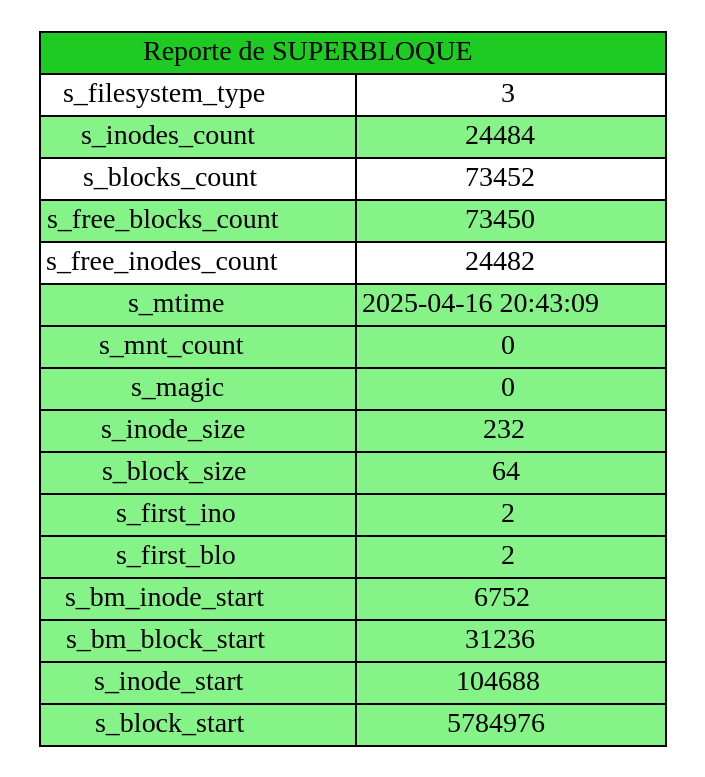
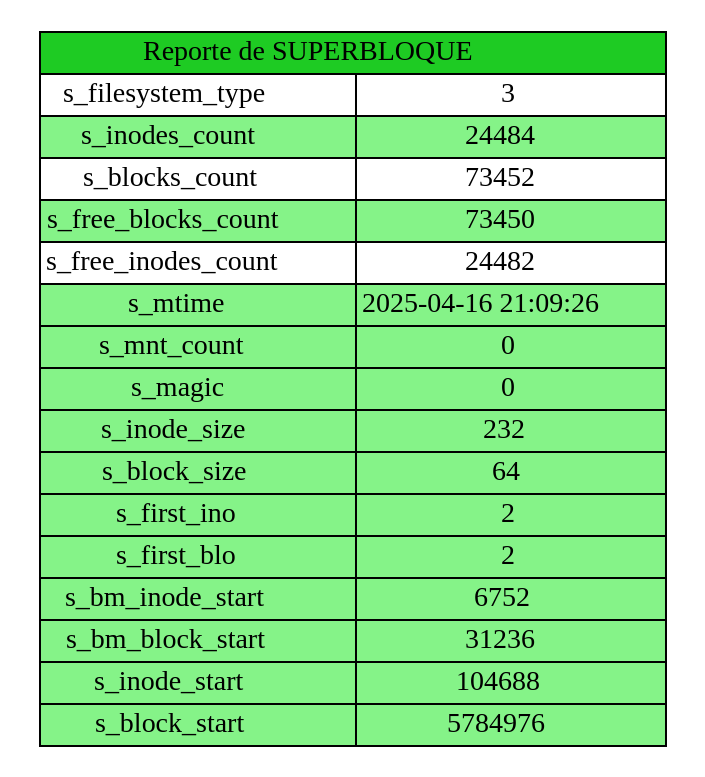
One commit to melgxrga/MIA_1S2025_P2_202302549 changed the diagram in reports/p4_r5_sb.dot. Above: the diagram before and after it, drawn with Graphviz. The commit also changed 4 other files, not shown here.

```diff
--- a/reports/p4_r5_sb.dot
+++ b/reports/p4_r5_sb.dot
@@ -1,24 +1,24 @@
 digraph {
 	node [shape=plaintext]
 	table [label=<
 		<TABLE BORDER="0" CELLBORDER="1" CELLSPACING="0">
 			<TR><TD bgcolor="#1ECB23" COLSPAN="2"> Reporte de SUPERBLOQUE </TD></TR>
 			<TR><TD> s_filesystem_type </TD><TD>3</TD></TR>
 			<TR><TD bgcolor="#85F388"> s_inodes_count </TD><TD bgcolor="#85F388">24484</TD></TR>
 			<TR><TD> s_blocks_count </TD><TD>73452</TD></TR>
 			<TR><TD bgcolor="#85F388"> s_free_blocks_count </TD><TD bgcolor="#85F388">73450</TD></TR>
 			<TR><TD> s_free_inodes_count </TD><TD>24482</TD></TR>
-			<TR><TD bgcolor="#85F388"> s_mtime </TD><TD bgcolor="#85F388">2025-04-16 20:43:09</TD></TR>
+			<TR><TD bgcolor="#85F388"> s_mtime </TD><TD bgcolor="#85F388">2025-04-16 21:09:26</TD></TR>
 			<TR><TD bgcolor="#85F388"> s_mnt_count </TD><TD bgcolor="#85F388">0</TD></TR>
 			<TR><TD bgcolor="#85F388"> s_magic </TD><TD bgcolor="#85F388">0</TD></TR>
 			<TR><TD bgcolor="#85F388"> s_inode_size </TD><TD bgcolor="#85F388">232</TD></TR>
 			<TR><TD bgcolor="#85F388"> s_block_size </TD><TD bgcolor="#85F388">64</TD></TR>
 			<TR><TD bgcolor="#85F388"> s_first_ino </TD><TD bgcolor="#85F388">2</TD></TR>
 			<TR><TD bgcolor="#85F388"> s_first_blo </TD><TD bgcolor="#85F388">2</TD></TR>
 			<TR><TD bgcolor="#85F388"> s_bm_inode_start </TD><TD bgcolor="#85F388">6752</TD></TR>
 			<TR><TD bgcolor="#85F388"> s_bm_block_start </TD><TD bgcolor="#85F388">31236</TD></TR>
 			<TR><TD bgcolor="#85F388"> s_inode_start </TD><TD bgcolor="#85F388">104688</TD></TR>
 			<TR><TD bgcolor="#85F388"> s_block_start </TD><TD bgcolor="#85F388">5784976</TD></TR>
 		</TABLE>
 	>]
 }
```
